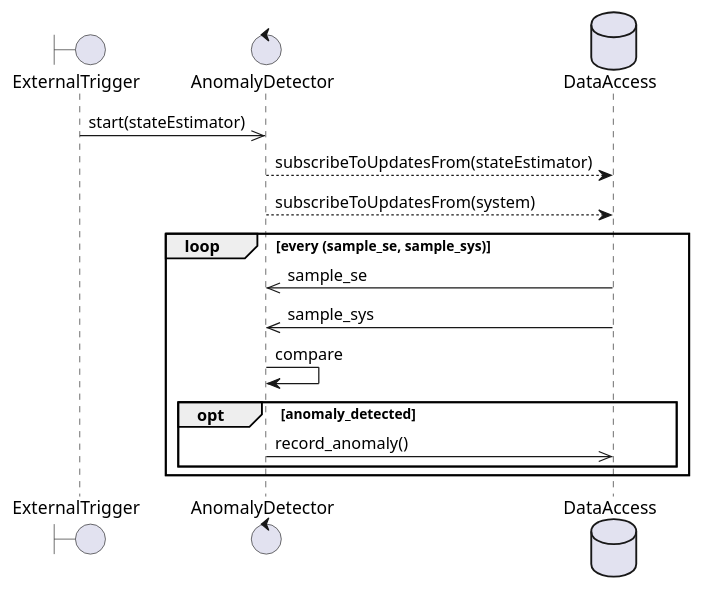
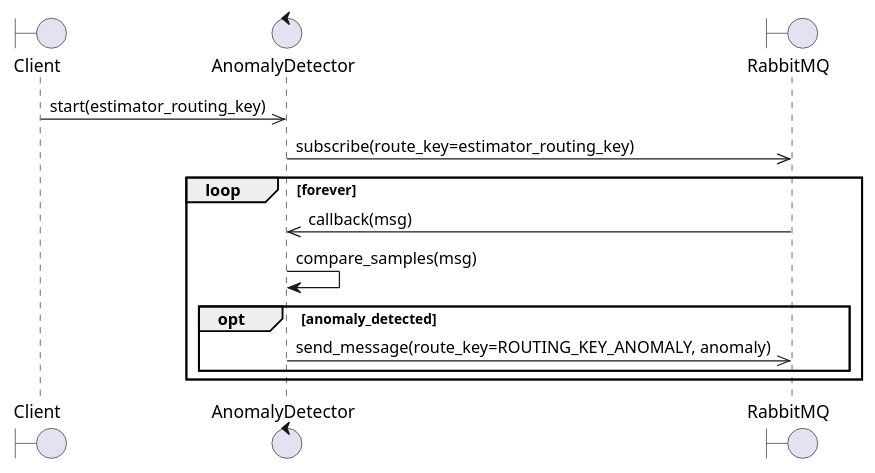
The diagram in software/docs/diagrams/anomaly_sequence.puml (INTO-CPS-Association/example_digital-twin_incubator), drawn with PlantUML before and after one commit. The commit also changed 3 other files, not shown here.

Commit message:
refine seuqence diagrams

```diff
--- a/software/docs/diagrams/anomaly_sequence.puml
+++ b/software/docs/diagrams/anomaly_sequence.puml
@@ -1,16 +1,14 @@
-@startuml
-boundary ExternalTrigger as trig
+@startuml AnomalyDetector
+boundary Client as client
 control AnomalyDetector as det
-database DataAccess as db
-trig ->> det: start(stateEstimator)
-det --> db: subscribeToUpdatesFrom(stateEstimator)
-det --> db: subscribeToUpdatesFrom(system)
-loop every (sample_se, sample_sys)
-  db ->> det: sample_se
-  db ->> det: sample_sys
-  det -> det: compare
+boundary RabbitMQ as mq
+client ->> det: start(estimator_routing_key)
+det ->> mq: subscribe(route_key=estimator_routing_key)
+loop forever
+  mq ->> det: callback(msg)
+  det -> det: compare_samples(msg)
   opt anomaly_detected
-    det ->> db: record_anomaly()
+    det ->> mq: send_message(route_key=ROUTING_KEY_ANOMALY, anomaly)
   end
 end
 @enduml
```
